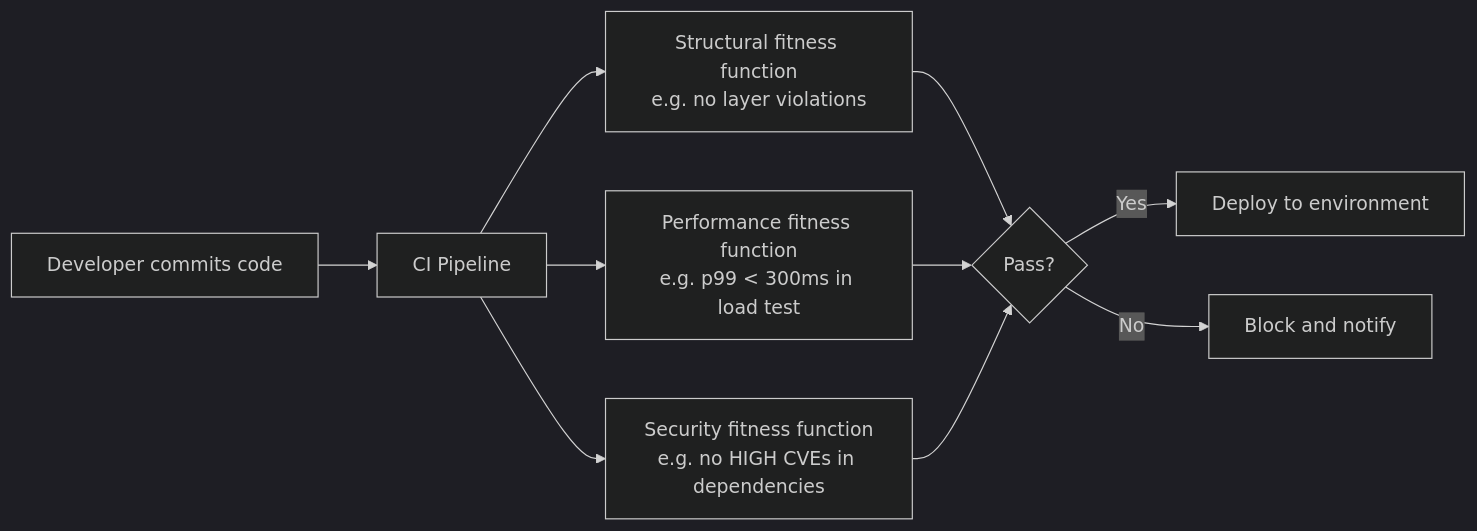
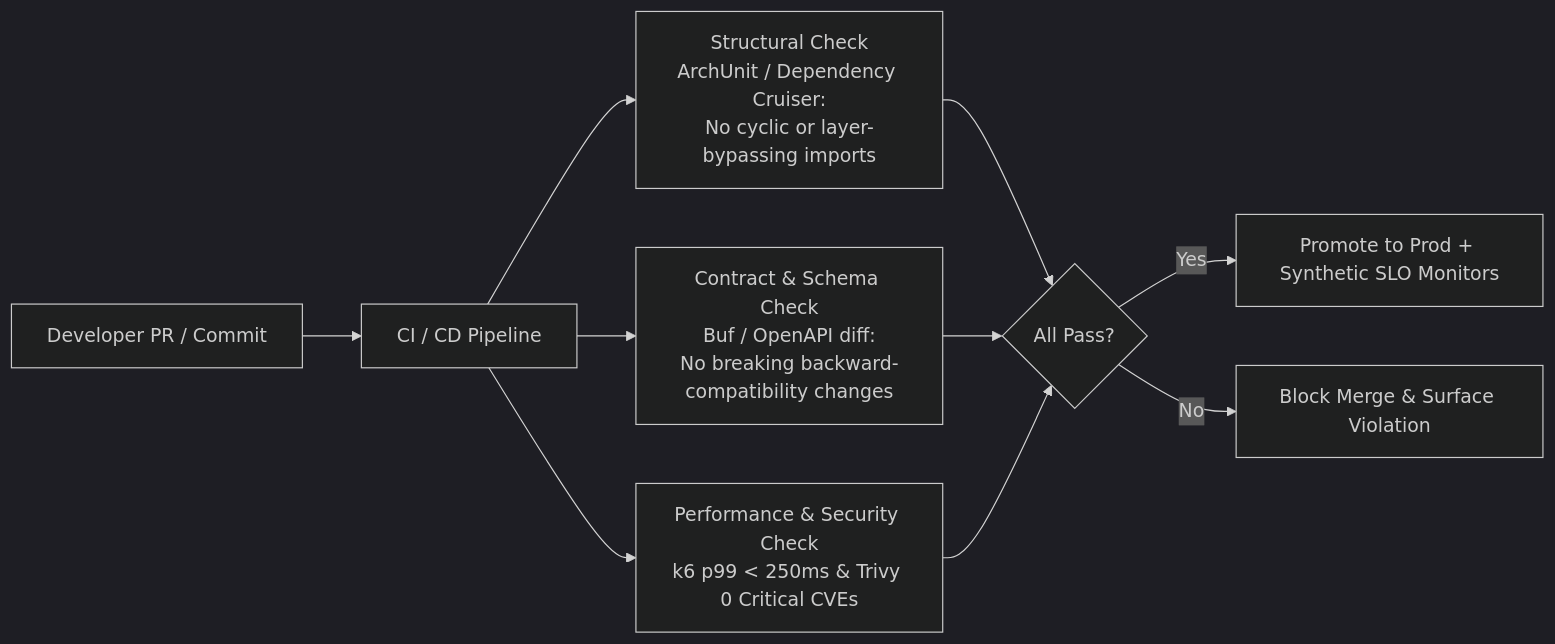
Before and after one commit to nitinkc/PrincipalEngineer_InterviewGuide: the third of 3 diagrams in docs/01.01-software-architect.md, drawn with Mermaid (dark theme). The commit also changed other lines of this file and 27 other files, not shown here.

````diff
--- a/docs/01.01-software-architect.md
+++ b/docs/01.01-software-architect.md
@@ -145,12 +151,12 @@
 ```mermaid
 graph LR
-    Dev[Developer commits code] --> CI[CI Pipeline]
-    CI --> FF1[Structural fitness function\ne.g. no layer violations]
-    CI --> FF2[Performance fitness function\ne.g. p99 < 300ms in load test]
-    CI --> FF3[Security fitness function\ne.g. no HIGH CVEs in dependencies]
-    FF1 --> Gate{Pass?}
+    Dev["Developer PR / Commit"] --> CI["CI / CD Pipeline"]
+    CI --> FF1["Structural Check<br/>ArchUnit / Dependency Cruiser:<br/>No cyclic or layer-bypassing imports"]
+    CI --> FF2["Contract & Schema Check<br/>Buf / OpenAPI diff:<br/>No breaking backward-compatibility changes"]
+    CI --> FF3["Performance & Security Check<br/>k6 p99 < 250ms & Trivy 0 Critical CVEs"]
+    FF1 --> Gate{"All Pass?"}
     FF2 --> Gate
     FF3 --> Gate
-    Gate -->|Yes| Deploy[Deploy to environment]
-    Gate -->|No| Block[Block and notify]
+    Gate -->|"Yes"| Deploy["Promote to Prod + Synthetic SLO Monitors"]
+    Gate -->|"No"| Block["Block Merge & Surface Violation"]
 ```
````
